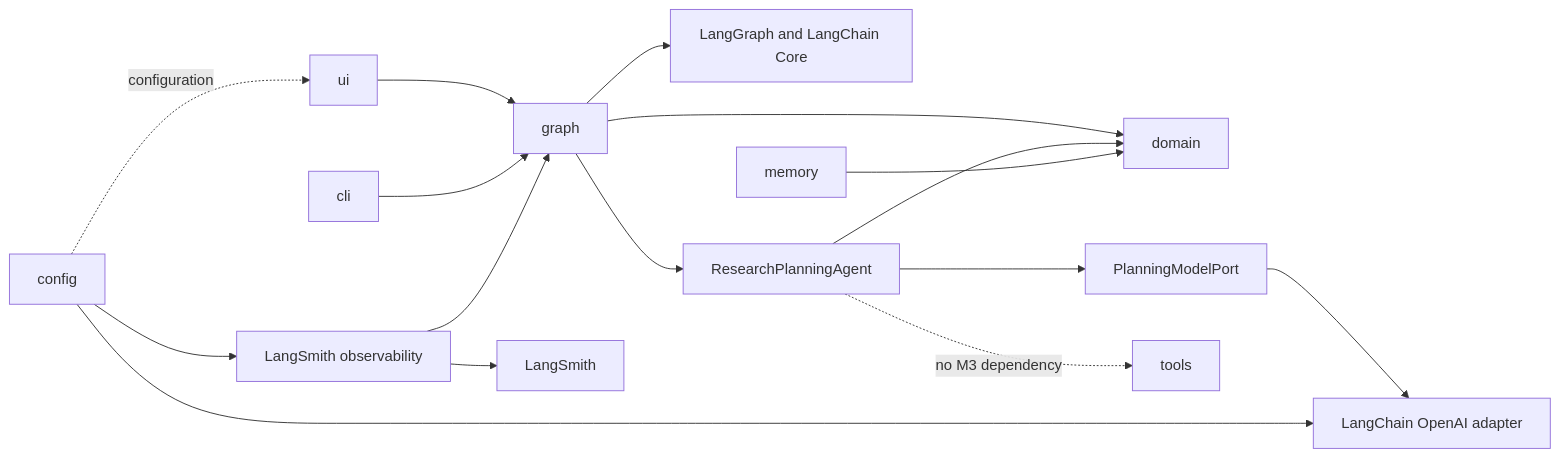
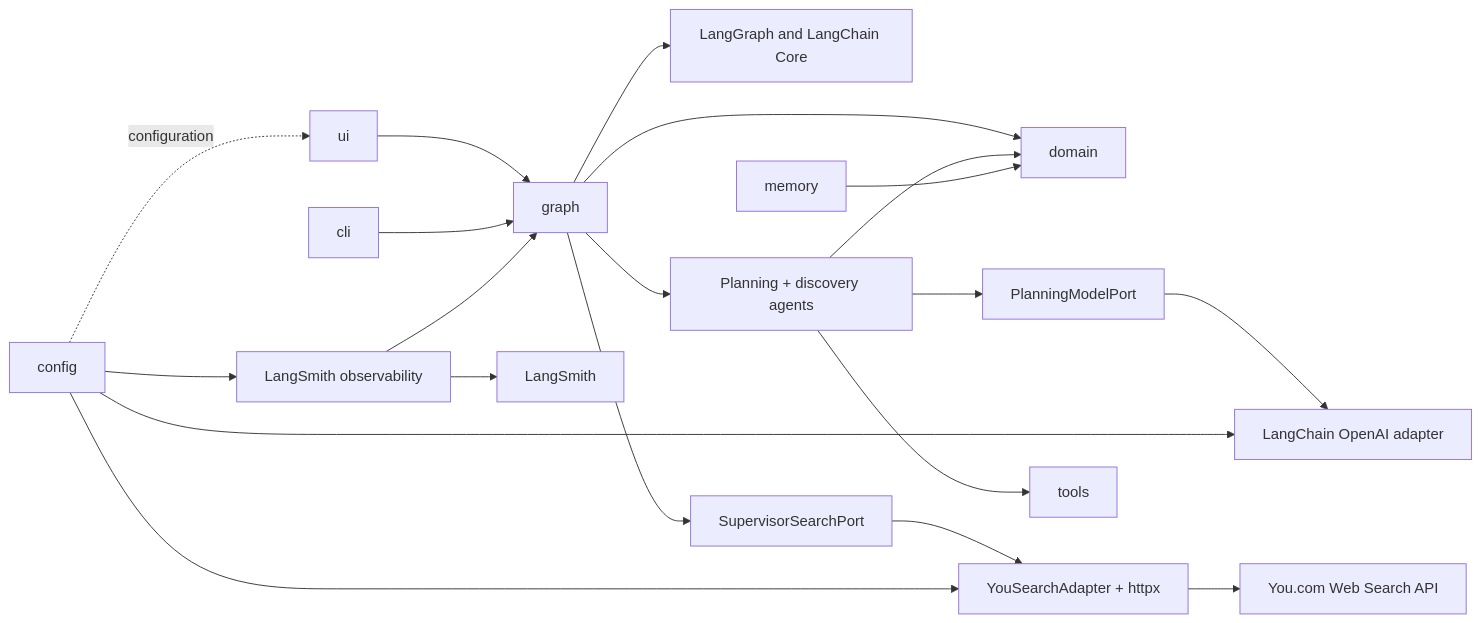
One commit to shanly-rajan/ai-builder changed diagram 12 of 13 in projects/scholar-path/docs/architecture.md. Above: the diagram before and after it, drawn with Mermaid. The commit also changed other lines of this file and 34 other files, not shown here.

Commit message:
feat: add ScholarPath M4 You.com discovery

````diff
--- a/projects/scholar-path/docs/architecture.md
+++ b/projects/scholar-path/docs/architecture.md
@@ -303,18 +367,22 @@
 ```mermaid
 flowchart LR
     UI[ui] --> GRAPH[graph]
     CLI[cli] --> GRAPH
     GRAPH --> LANGGRAPH[LangGraph and LangChain Core]
     GRAPH --> DOMAIN[domain]
-    GRAPH --> AGENTS[ResearchPlanningAgent]
-    AGENTS --> PORT[PlanningModelPort]
-    PORT --> OPENAI[LangChain OpenAI adapter]
+    GRAPH --> AGENTS[Planning + discovery agents]
+    AGENTS --> MODELPORT[PlanningModelPort]
+    MODELPORT --> OPENAI[LangChain OpenAI adapter]
+    GRAPH --> SEARCHPORT[SupervisorSearchPort]
+    SEARCHPORT --> YOU[YouSearchAdapter + httpx]
+    YOU --> YDC[You.com Web Search API]
     AGENTS --> DOMAIN
-    AGENTS -. no M3 dependency .-> TOOLS[tools]
+    AGENTS --> TOOLS[tools]
     MEMORY[memory] --> DOMAIN
     OBS[LangSmith observability] --> GRAPH
     OBS --> LANGSMITH[LangSmith]
     CONFIG[config] -. configuration .-> UI
     CONFIG --> OPENAI
+    CONFIG --> YOU
     CONFIG --> OBS
 ```
````
